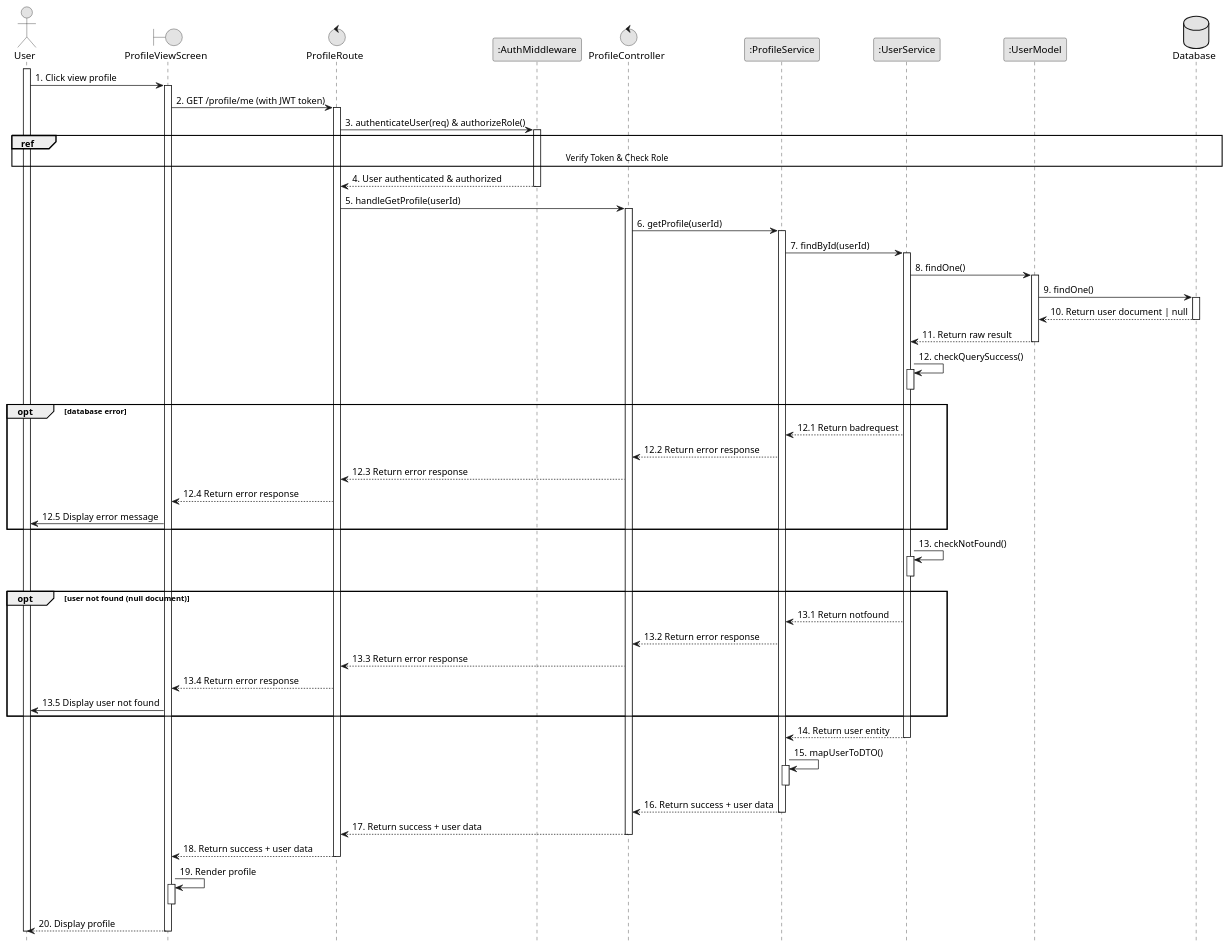
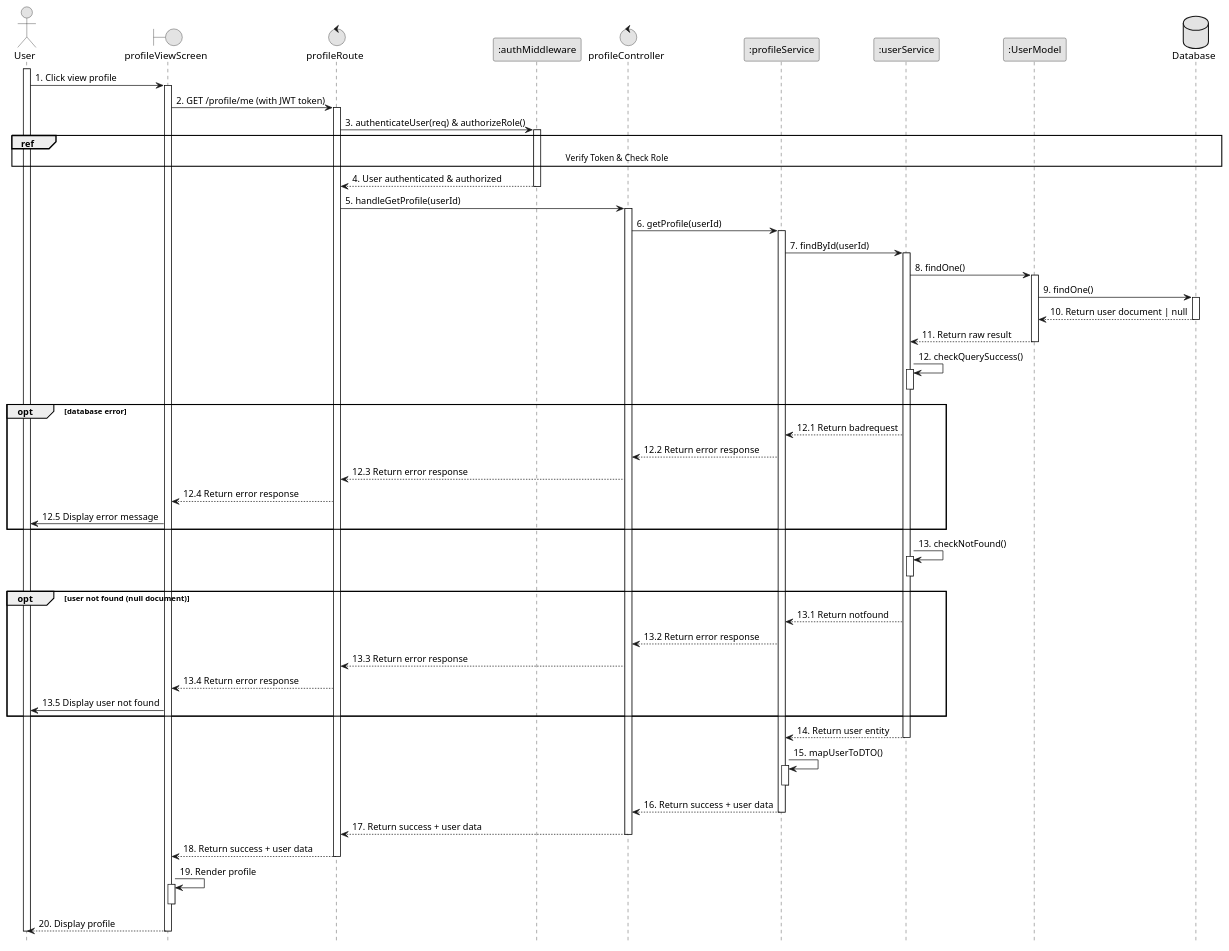
The diagram in planuml/web/9.1_viewProfile.puml (VietDurian/VietDurian), drawn with PlantUML before and after one commit. The commit also changed 23 other files, not shown here.

Commit message:
ViVLT Add sequences

```diff
--- a/planuml/web/9.1_viewProfile.puml
+++ b/planuml/web/9.1_viewProfile.puml
@@ -1,79 +1,79 @@
 @startuml 9.1_viewProfile
 skinparam monochrome true
 skinparam shadowing false
 skinparam sequenceArrowThickness 1
 hide footbox
 
 actor User
-boundary ProfileViewScreen as UI
-control ProfileRoute as Route
-participant ":AuthMiddleware" as AuthMiddleware
-control ProfileController as Controller
-participant ":ProfileService" as ProfileService
-participant ":UserService" as UserService
+boundary profileViewScreen as UI
+control profileRoute as Route
+participant ":authMiddleware" as AuthMiddleware
+control profileController as Controller
+participant ":profileService" as ProfileService
+participant ":userService" as UserService
 participant ":UserModel" as UserModel
 database Database as DB
 
 activate User
 User -> UI : 1. Click view profile
 activate UI
 UI -> Route : 2. GET /profile/me (with JWT token)
 activate Route
 Route -> AuthMiddleware : 3. authenticateUser(req) & authorizeRole()
 activate AuthMiddleware
 ref over User, DB: Verify Token & Check Role
 AuthMiddleware --> Route : 4. User authenticated & authorized
 deactivate AuthMiddleware
 Route -> Controller : 5. handleGetProfile(userId)
 activate Controller
 Controller -> ProfileService : 6. getProfile(userId)
 activate ProfileService
 ProfileService -> UserService : 7. findById(userId)
 activate UserService
 UserService -> UserModel : 8. findOne()
 activate UserModel
 UserModel -> DB : 9. findOne()
 activate DB
 DB --> UserModel : 10. Return user document | null 
 deactivate DB
 UserModel --> UserService : 11. Return raw result
 deactivate UserModel
 UserService -> UserService : 12. checkQuerySuccess()
 activate UserService
 deactivate UserService
 opt database error
     UserService --> ProfileService : 12.1 Return badrequest
     ProfileService --> Controller : 12.2 Return error response
     Controller --> Route : 12.3 Return error response
     Route --> UI : 12.4 Return error response
     UI -> User : 12.5 Display error message
 end
 UserService -> UserService : 13. checkNotFound()
 activate UserService
 deactivate UserService
 opt user not found (null document)
     UserService --> ProfileService : 13.1 Return notfound
     ProfileService --> Controller : 13.2 Return error response
     Controller --> Route : 13.3 Return error response
     Route --> UI : 13.4 Return error response
     UI -> User : 13.5 Display user not found
 end
 UserService --> ProfileService : 14. Return user entity
 deactivate UserService
 ProfileService -> ProfileService : 15. mapUserToDTO()
 activate ProfileService
 deactivate ProfileService
 ProfileService --> Controller : 16. Return success + user data
 deactivate ProfileService
 Controller --> Route : 17. Return success + user data 
 deactivate Controller
 Route --> UI : 18. Return success + user data 
 deactivate Route
 UI -> UI : 19. Render profile
 activate UI
 deactivate UI
 UI --> User : 20. Display profile
 deactivate UI
 deactivate User
 
 @enduml
```
